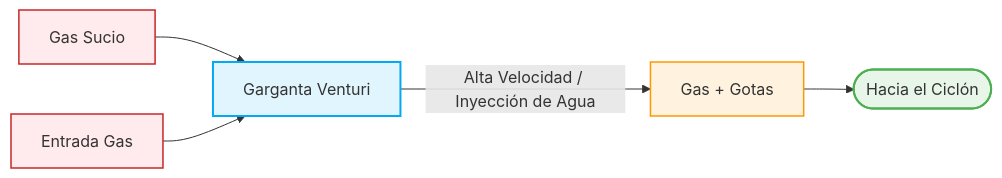
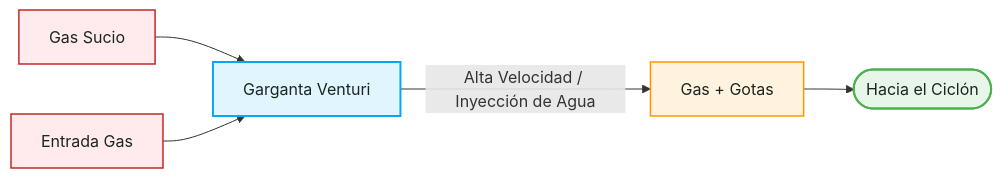
The first of 3 diagrams in _posts/2026-09-17-lavador-venturi.md (elvissalcedo/elvissalcedo.github.io), drawn with Mermaid before and after one commit. The commit also changed other lines of this file and 1 other file, not shown here.

First line of the commit message:
fix(mermaid): diagramas con la paleta del sitio y legibles en modo oscuro

````diff
--- a/_posts/2026-09-17-lavador-venturi.md
+++ b/_posts/2026-09-17-lavador-venturi.md
@@ -35,19 +35,19 @@
 ```mermaid
 graph LR
     %% Definición de los nodos de entrada
     A1[Gas Sucio] --> B[Garganta Venturi]
     A2[Entrada Gas] --> B
     
     %% Nodo central de proceso con descripción de alta velocidad
     B -->|Alta Velocidad / Inyección de Agua| C[Gas + Gotas]
     
     %% Nodo de salida
     C --> D([Hacia el Ciclón])
 
     %% Estilos estéticos para hacer juego con tus gráficos anteriores
-    style A1 fill:#ffebee,stroke:#c62828,stroke-width:1.5px
-    style A2 fill:#ffebee,stroke:#c62828,stroke-width:1.5px
-    style B fill:#e1f5fe,stroke:#03a9f4,stroke-width:2px
-    style C fill:#fff3e0,stroke:#ff9800,stroke-width:1.5px
-    style D fill:#e8f5e9,stroke:#4caf50,stroke-width:2px
+    style A1 fill:#ffebee,stroke:#c62828,stroke-width:1.5px,color:#1c2621
+    style A2 fill:#ffebee,stroke:#c62828,stroke-width:1.5px,color:#1c2621
+    style B fill:#e1f5fe,stroke:#03a9f4,stroke-width:2px,color:#1c2621
+    style C fill:#fff3e0,stroke:#ff9800,stroke-width:1.5px,color:#1c2621
+    style D fill:#e8f5e9,stroke:#4caf50,stroke-width:2px,color:#1c2621
 ```
````
